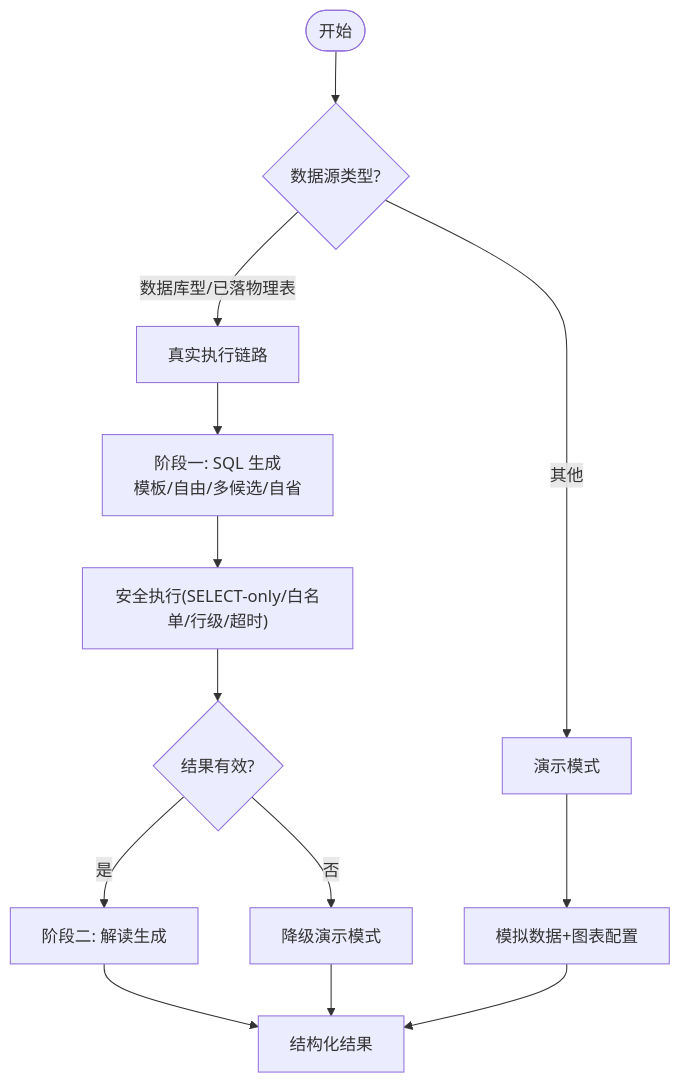
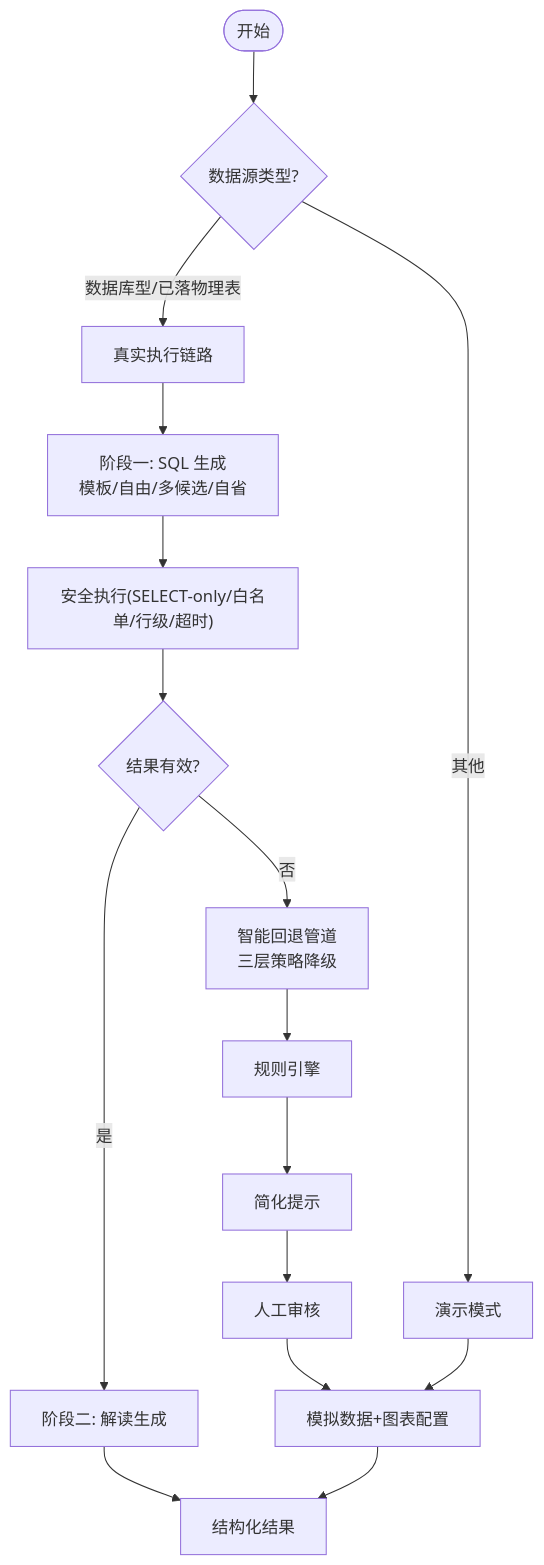
One commit to dgjin/smart-data-analytics changed the fourth of 6 diagrams in .qoder/repowiki/zh/content/API参考/查询API/自然语言查询接口.md. Above: the diagram before and after it, drawn with Mermaid. The commit also changed other lines of this file and 10 other files, not shown here.

````diff
--- a/.qoder/repowiki/zh/content/API参考/查询API/自然语言查询接口.md
+++ b/.qoder/repowiki/zh/content/API参考/查询API/自然语言查询接口.md
@@ -198,15 +279,18 @@
 ```mermaid
 flowchart TD
 Start(["开始"]) --> Type{"数据源类型?"}
 Type --> |数据库型/已落物理表| Live["真实执行链路"]
 Type --> |其他| Sim["演示模式"]
 Live --> Gen["阶段一: SQL 生成<br/>模板/自由/多候选/自省"]
 Gen --> Exec["安全执行(SELECT-only/白名单/行级/超时)"]
 Exec --> Analyze{"结果有效?"}
 Analyze --> |是| Stage2["阶段二: 解读生成"]
-Analyze --> |否| Fallback["降级演示模式"]
+Analyze --> |否| Fallback["智能回退管道<br/>三层策略降级"]
+Fallback --> Rule["规则引擎"]
+Rule --> Prompt["简化提示"]
+Prompt --> Human["人工审核"]
+Human --> Result["回退结果"]
 Sim --> Result["模拟数据+图表配置"]
 Stage2 --> Output["结构化结果"]
-Fallback --> Output
 Result --> Output
 ```
````
